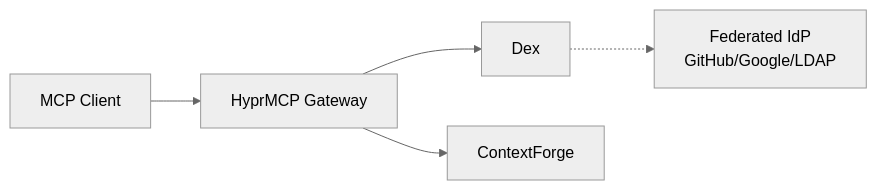
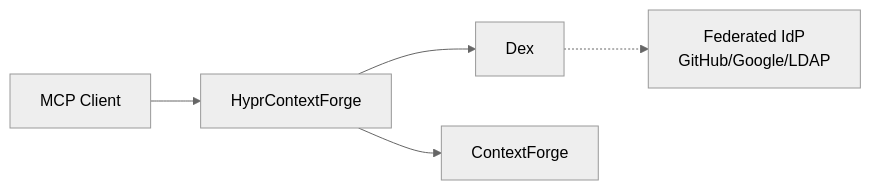
One commit to tedhabeck/mcp-context-forge changed the diagram in docs/docs/manage/dcr.md. Above: the diagram before and after it, drawn with Mermaid (neutral theme). The commit also changed other lines of this file and 583 other files, not shown here.

First line of the commit message:
docs: rebrand to ContextForge AI Gateway (#3091)

````diff
--- a/docs/docs/manage/dcr.md
+++ b/docs/docs/manage/dcr.md
@@ -128,13 +128,13 @@
 ```mermaid
 graph LR
     Client[MCP Client]
-    HyprMCP[HyprMCP Gateway]
+    HyprMCP[HyprContextForge]
     Dex[Dex]
     IdP[Federated IdP<br/>GitHub/Google/LDAP]
     ContextForge[ContextForge]
 
     Client --> HyprMCP
     HyprMCP --> Dex
     Dex -.-> IdP
     HyprMCP --> ContextForge
 ```
````
